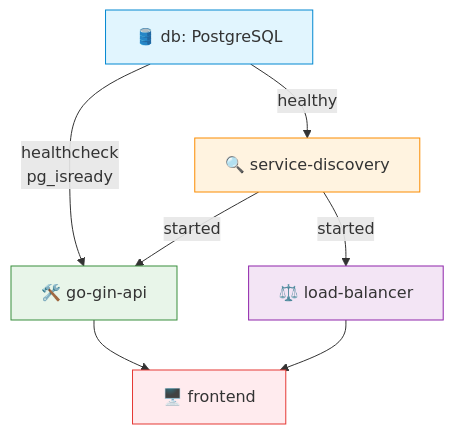
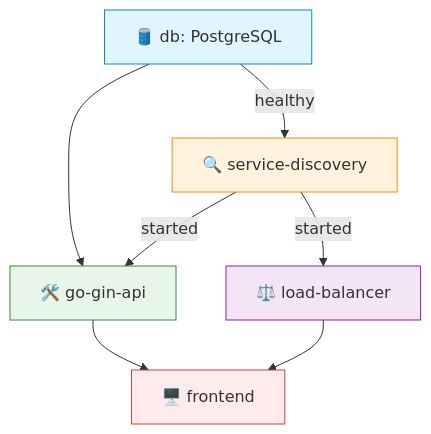
Before and after one commit to thativam/go-devops: the diagram in readme.md, drawn with Mermaid. The commit also changed other lines of this file, not shown here.

````diff
--- a/readme.md
+++ b/readme.md
@@ -38,15 +63,15 @@
 ```mermaid
 graph TD
-    A[🛢️ db: PostgreSQL] -->|healthcheck<br>pg_isready| B[🛠️ go-gin-api]
+    A[🛢️ db: PostgreSQL] --> B[🛠️ go-gin-api]
     A -->|healthy| C[🔍 service-discovery]
     C -->|started| B
     C -->|started| D[⚖️ load-balancer]
     B --> E[🖥️ frontend]
     D --> E
     
     style A fill:#e1f5fe,stroke:#0288d1
     style B fill:#e8f5e9,stroke:#388e3c
     style C fill:#fff3e0,stroke:#fb8c00
     style D fill:#f3e5f5,stroke:#8e24aa
     style E fill:#ffebee,stroke:#e53935
 ```
````
